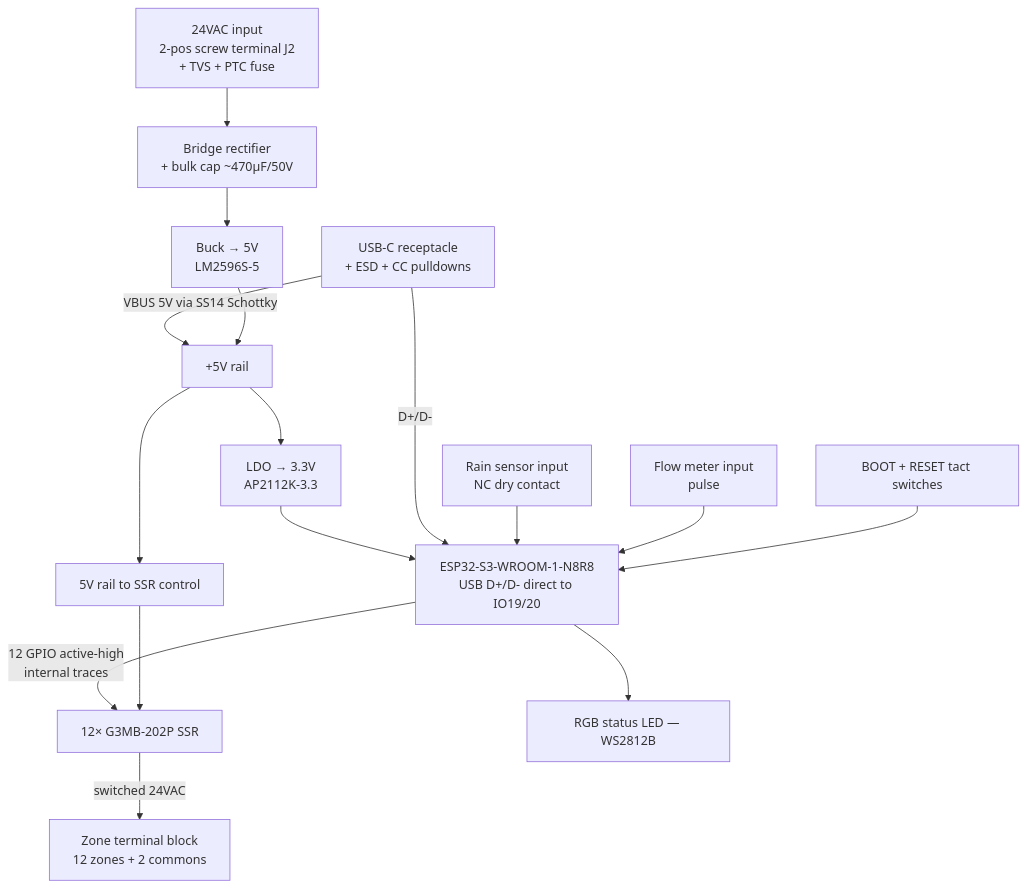
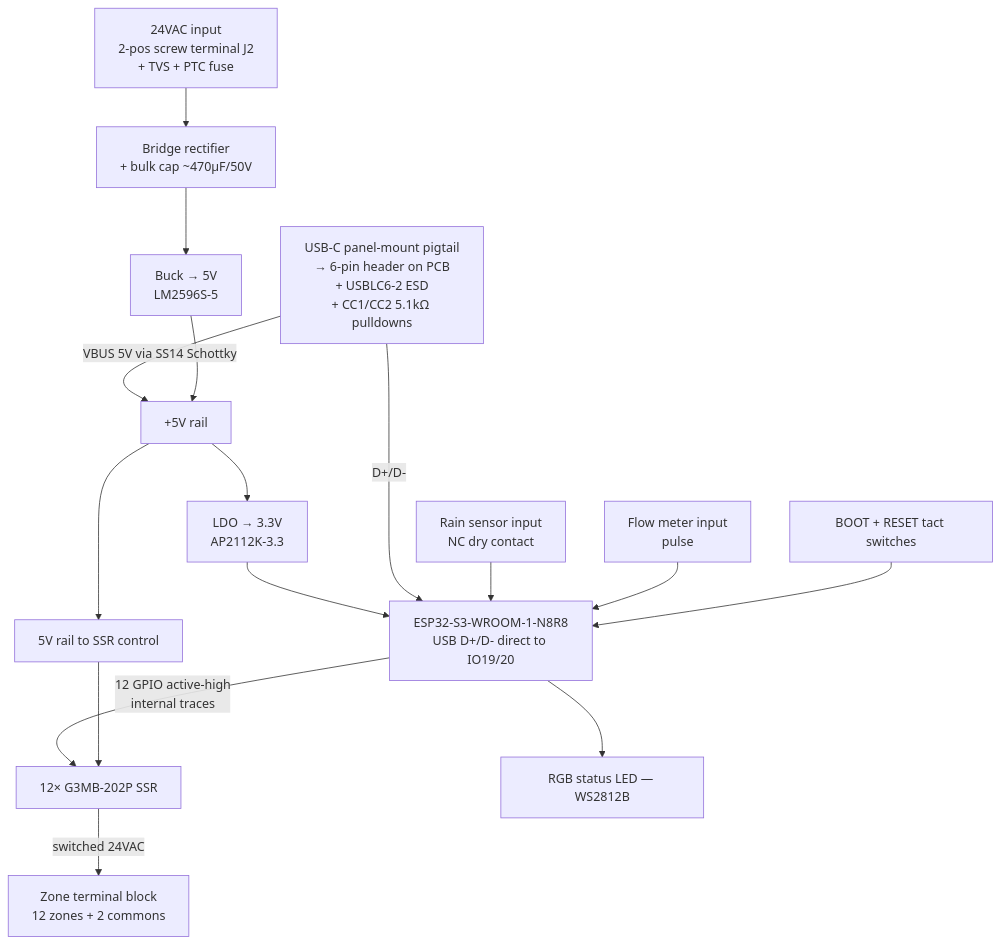
One commit to mitchellch/azul-v2 changed the first of 3 diagrams in docs/design/main-controller-pcb-v1.md. Above: the diagram before and after it, drawn with Mermaid. The commit also changed other lines of this file and 55 other files, not shown here.

````diff
--- a/docs/design/main-controller-pcb-v1.md
+++ b/docs/design/main-controller-pcb-v1.md
@@ -35,18 +35,18 @@
 ```mermaid
 graph TD
   AC[24VAC input<br/>2-pos screw terminal J2<br/>+ TVS + PTC fuse] --> BR[Bridge rectifier<br/>+ bulk cap ~470µF/50V]
   BR --> BUCK[Buck → 5V<br/>LM2596S-5]
-  USB[USB-C receptacle<br/>+ ESD + CC pulldowns] -->|VBUS 5V via SS14 Schottky| RAIL5V[+5V rail]
+  USB[USB-C panel-mount pigtail<br/>→ 6-pin header on PCB<br/>+ USBLC6-2 ESD<br/>+ CC1/CC2 5.1kΩ pulldowns] -->|VBUS 5V via SS14 Schottky| RAIL5V[+5V rail]
   BUCK --> RAIL5V
   RAIL5V --> LDO[LDO → 3.3V<br/>AP2112K-3.3]
   RAIL5V --> SSR_RAIL[5V rail to SSR control]
   LDO --> MCU[ESP32-S3-WROOM-1-N8R8<br/>USB D+/D- direct to IO19/20]
   USB -->|D+/D-| MCU
   MCU -->|12 GPIO active-high<br/>internal traces| SSRS[12× G3MB-202P SSR]
   SSR_RAIL --> SSRS
   SSRS -->|switched 24VAC| TB[Zone terminal block<br/>12 zones + 2 commons]
   RAIN[Rain sensor input<br/>NC dry contact] --> MCU
   FLOW[Flow meter input<br/>pulse] --> MCU
   BTN[BOOT + RESET tact switches] --> MCU
   MCU --> LED[RGB status LED — WS2812B]
 ```
````
